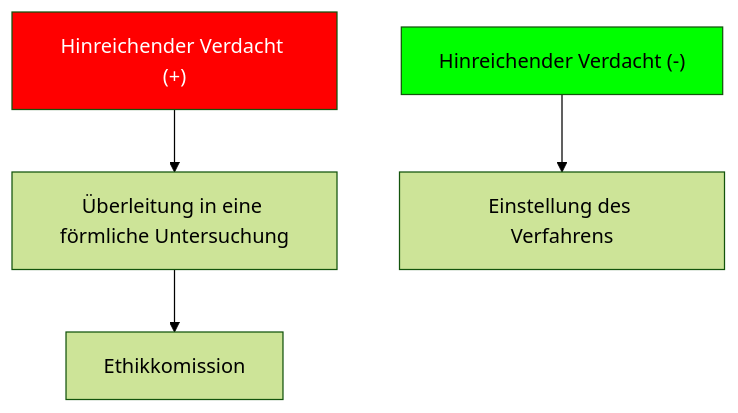
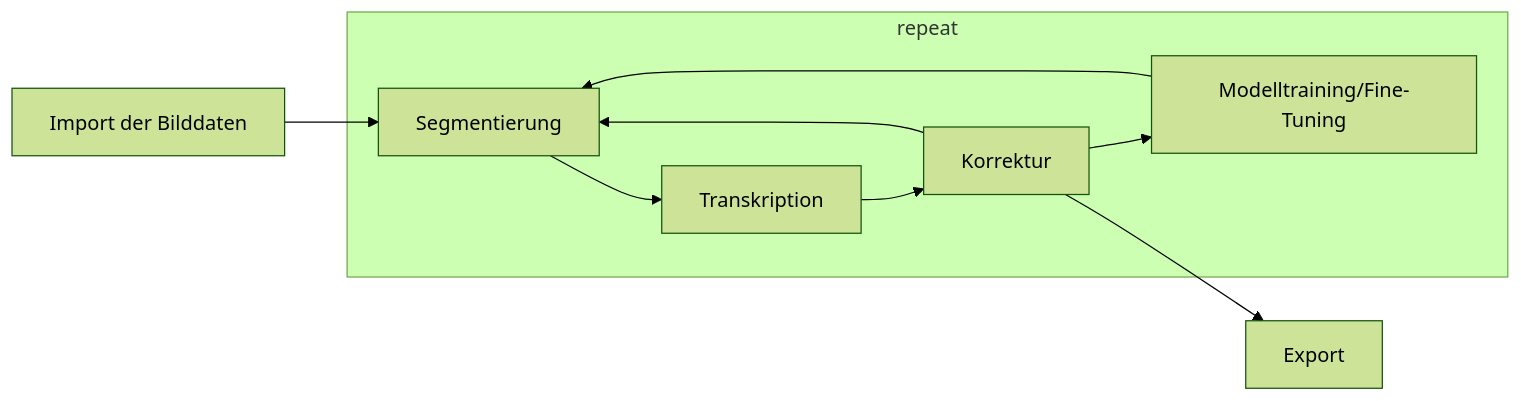
One commit to Jomula/jomula.github.io changed the diagram in slides.md. Above: the diagram before and after it, drawn with Mermaid (forest theme). The commit also changed other lines of this file and 3 other files, not shown here.

````diff
--- a/slides.md
+++ b/slides.md
@@ -166,13 +85,13 @@
 ```mermaid
-
-flowchart TD
-    A["Hinreichender Verdacht (+)"] 
-    style A fill:#ff0000,color:#fff
-    A-->C["Überleitung in eine förmliche Untersuchung"]
-    C-->F["Ethikkomission"]
-    B["Hinreichender Verdacht (-)"]
-    style B fill:#00ff00,color:#000
-    B-->D["Einstellung des Verfahrens"]
-
-
+flowchart LR
+    A["Import der Bilddaten"]
+    A-->B
+    subgraph repeat
+        B["Segmentierung"]-->C["Transkription"]
+        C-->D["Korrektur"]
+        D-->E["Modelltraining/Fine-Tuning"]
+        E-->B
+        D-->B
+    end
+    D-->F["Export"]
 ```
````
